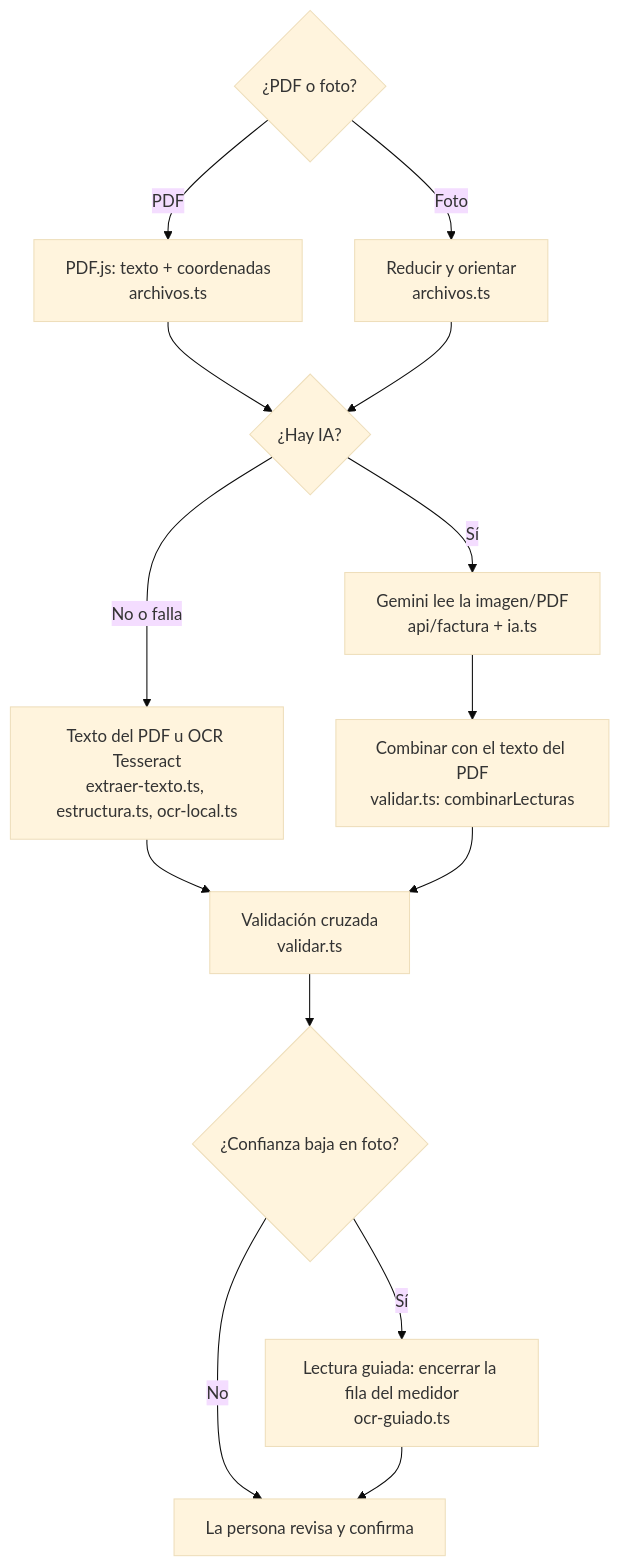
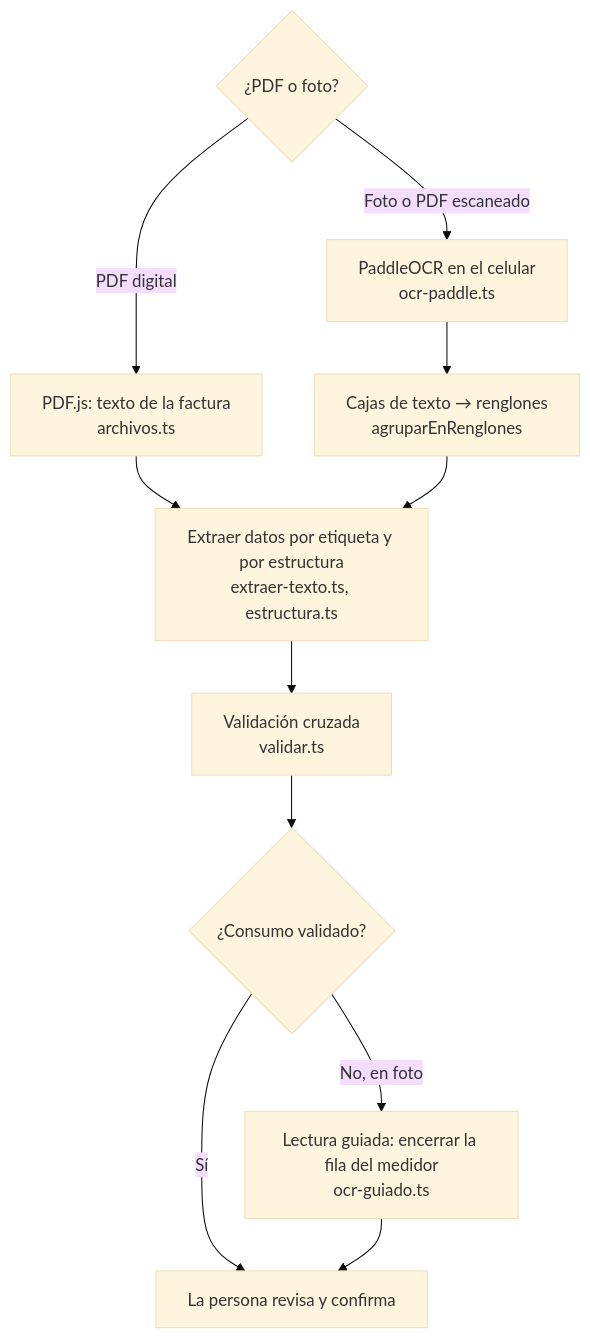
Before and after one commit to jhoandabit/ElectriCOS: the diagram in docs/lector-facturas.md, drawn with Mermaid (base theme). The commit also changed other lines of this file and 10 other files, not shown here.

First line of the commit message:
fix(factura): días con ambos extremos, municipio limpio; docs sin IA en la nube

````diff
--- a/docs/lector-facturas.md
+++ b/docs/lector-facturas.md
@@ -7,16 +9,13 @@
 ```mermaid
 flowchart TD
-  A{¿PDF o foto?} -->|PDF| B[PDF.js: texto + coordenadas<br/>archivos.ts]
-  A -->|Foto| C[Reducir y orientar<br/>archivos.ts]
-  B --> D{¿Hay IA?}
-  C --> D
-  D -->|Sí| E[Gemini lee la imagen/PDF<br/>api/factura + ia.ts]
-  D -->|No o falla| F[Texto del PDF u OCR Tesseract<br/>extraer-texto.ts, estructura.ts, ocr-local.ts]
-  E --> G[Combinar con el texto del PDF<br/>validar.ts: combinarLecturas]
-  F --> H[Validación cruzada<br/>validar.ts]
-  G --> H
-  H --> I{¿Confianza baja en foto?}
-  I -->|Sí| J[Lectura guiada: encerrar la fila del medidor<br/>ocr-guiado.ts]
-  I -->|No| K[La persona revisa y confirma]
-  J --> K
+  A{¿PDF o foto?} -->|PDF digital| B[PDF.js: texto de la factura<br/>archivos.ts]
+  A -->|Foto o PDF escaneado| C[PaddleOCR en el celular<br/>ocr-paddle.ts]
+  C --> D[Cajas de texto → renglones<br/>agruparEnRenglones]
+  B --> E[Extraer datos por etiqueta y por estructura<br/>extraer-texto.ts, estructura.ts]
+  D --> E
+  E --> F[Validación cruzada<br/>validar.ts]
+  F --> G{¿Consumo validado?}
+  G -->|No, en foto| H[Lectura guiada: encerrar la fila del medidor<br/>ocr-guiado.ts]
+  G -->|Sí| I[La persona revisa y confirma]
+  H --> I
 ```
````
